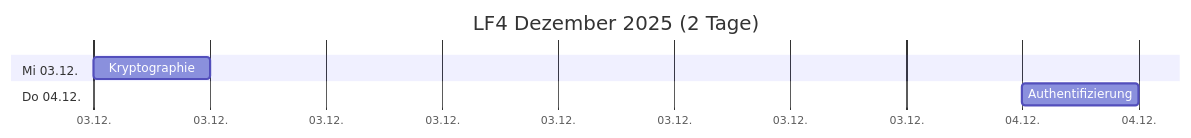
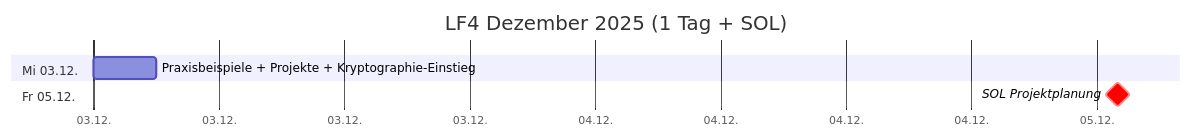
The second of 4 diagrams in src/plan.md (johannesloetzsch/LF4), drawn with Mermaid before and after one commit. The commit also changed other lines of this file and 1 other file, not shown here.

````diff
--- a/src/plan.md
+++ b/src/plan.md
@@ -26,10 +26,10 @@
 ```mermaid
 gantt
- title LF4 Dezember 2025 (2 Tage)
+ title LF4 Dezember 2025 (1 Tag + SOL)
  dateFormat YYYY-MM-DD
  axisFormat %d.%m.
  section Mi 03.12.
-  Kryptographie                   :2025-12-03, 3h
- section Do 04.12.
-  Authentifizierung               :2025-12-04, 3h
+  Praxisbeispiele + Projekte + Kryptographie-Einstieg     :2025-12-03, 3h
+ section Fr 05.12.
+  SOL Projektplanung              :crit, milestone, 2025-12-05, 2h
 ```
````
